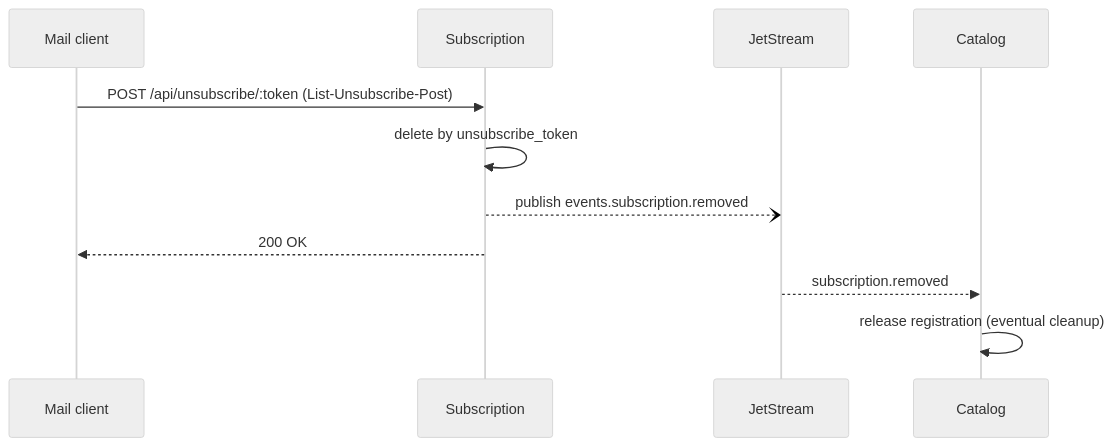
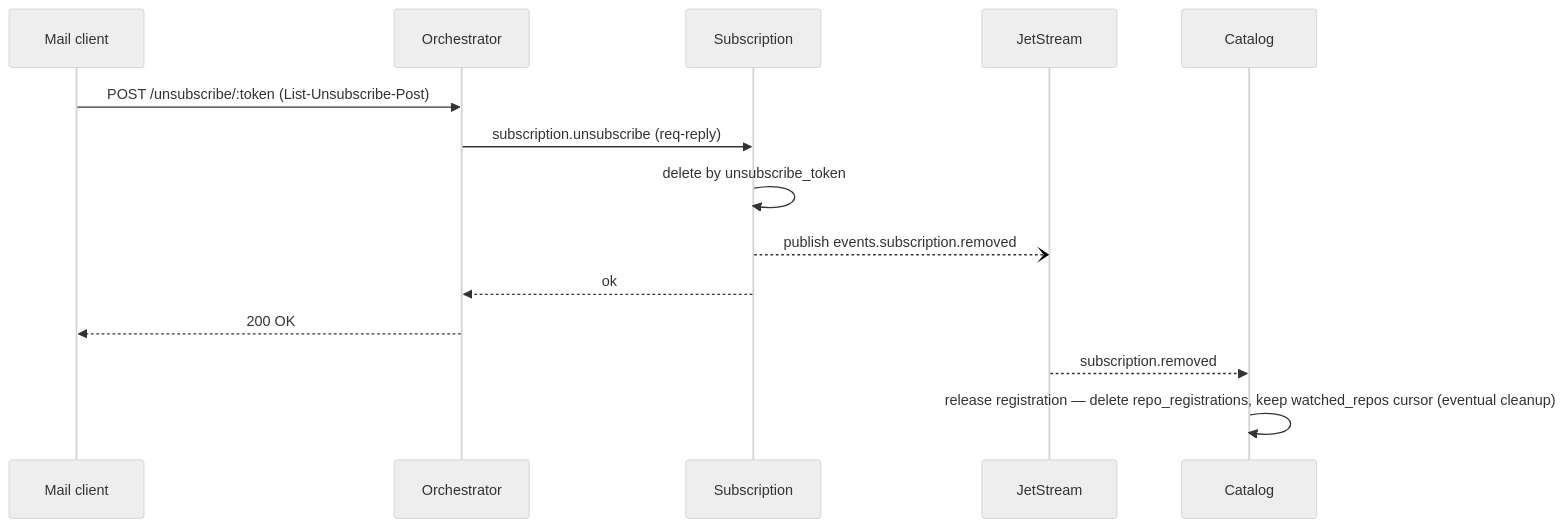
Before and after one commit to GenesisEducationKyiv/software-engineering-school-6-0-Andriy-Sydorenko: the fourth of 4 diagrams in docs/system-design.md, drawn with Mermaid (neutral theme). The commit also changed other lines of this file and 24 other files, not shown here.

Commit message:
feat(notifier): Send List-Unsubscribe header and multipart plaintext email

````diff
--- a/docs/system-design.md
+++ b/docs/system-design.md
@@ -278,14 +286,17 @@
 ```mermaid
 sequenceDiagram
     participant Mail as Mail client
+    participant O as Orchestrator
     participant S as Subscription
     participant J as JetStream
     participant C as Catalog
 
-    Mail->>S: POST /api/unsubscribe/:token  (List-Unsubscribe-Post)
+    Mail->>O: POST /unsubscribe/:token  (List-Unsubscribe-Post)
+    O->>S: subscription.unsubscribe (req-reply)
     S->>S: delete by unsubscribe_token
     S--)J: publish events.subscription.removed
-    S-->>Mail: 200 OK
+    S-->>O: ok
+    O-->>Mail: 200 OK
     J-->>C: subscription.removed
-    C->>C: release registration (eventual cleanup)
+    C->>C: release registration — delete repo_registrations, keep watched_repos cursor (eventual cleanup)
 ```
````
